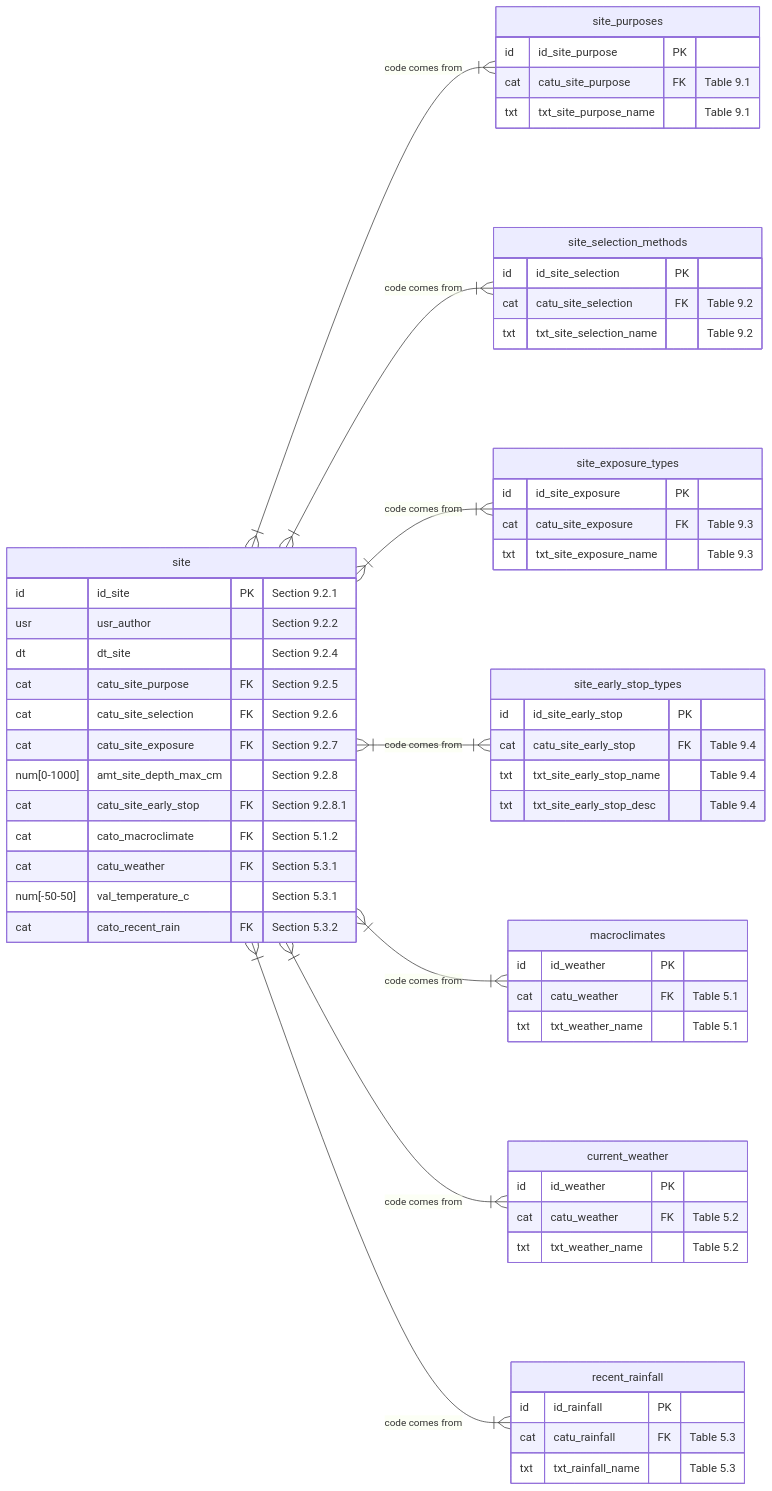
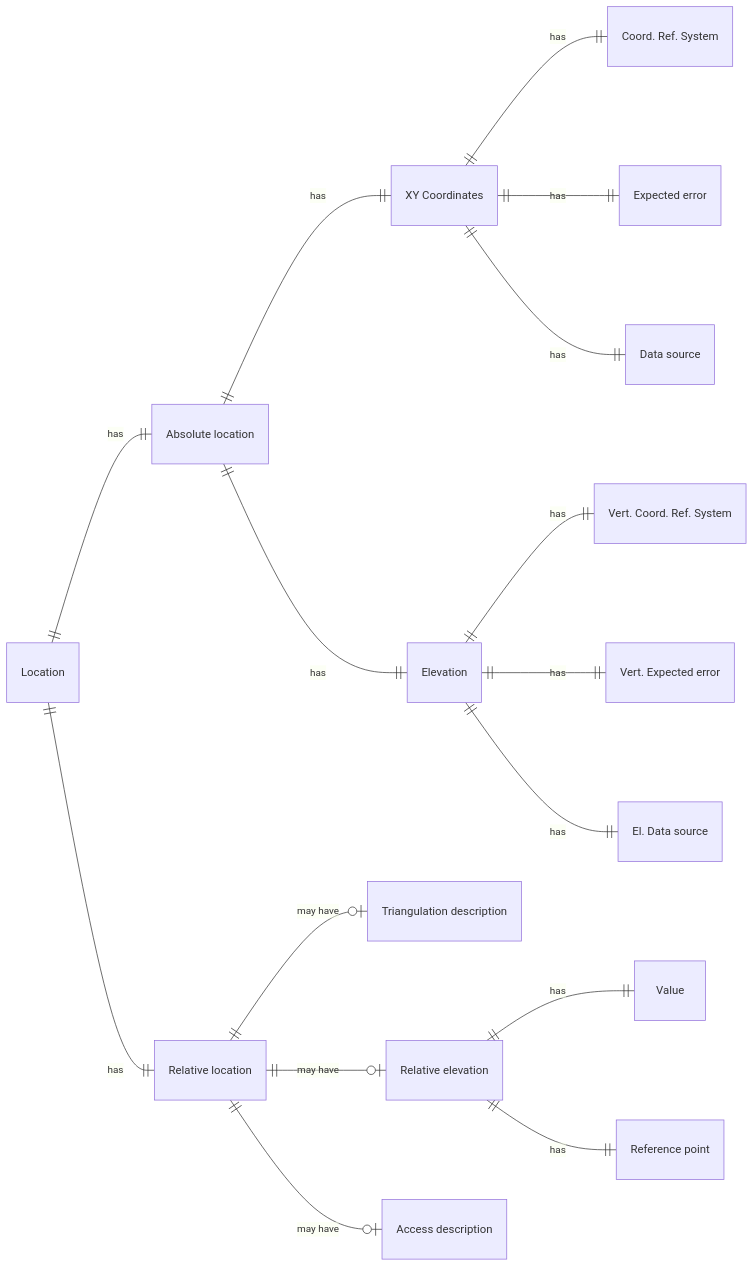
The fifth of 19 diagrams in ap_data_model.qmd (manaakiwhenua/NZ_soildesc_2024), drawn with Mermaid before and after one commit. The commit also changed other lines of this file, not shown here.

First line of the commit message:
Update ap_data_model.qmd

````diff
--- a/ap_data_model.qmd
+++ b/ap_data_model.qmd
@@ -324,76 +145,23 @@
 ```{mermaid}
-%%| label: fig-msited
-%%| fig-cap: "Site - Details"
+%%| label: fig-erd-sit-loc
+%%| fig-cap: "Site - location data"
 
 erDiagram
   direction LR
-  site }|--|{ site_purposes : "code comes from"
-  site }|--|{ site_selection_methods : "code comes from"
-  site }|--|{ site_exposure_types : "code comes from"
-  site }|--|{ site_early_stop_types : "code comes from"
-  site }|--|{ macroclimates : "code comes from"
-  site }|--|{ current_weather : "code comes from"
-  site }|--|{ recent_rainfall : "code comes from"
-
-  %% data %%
-  site {
-    id          id_site PK               "Section 9.2.1"
-    usr         usr_author               "Section 9.2.2"
-    dt          dt_site                  "Section 9.2.4"
-    cat         catu_site_purpose FK     "Section 9.2.5"
-    cat         catu_site_selection FK   "Section 9.2.6"
-    cat         catu_site_exposure FK    "Section 9.2.7"
-    num[0-1000] amt_site_depth_max_cm    "Section 9.2.8"
-    cat         catu_site_early_stop FK  "Section 9.2.8.1"
-    %% macroclimate %% 
-    cat         cato_macroclimate FK     "Section 5.1.2"
-    %% weather at visit %%
-    cat         catu_weather FK          "Section 5.3.1"
-    num[-50-50] val_temperature_c        "Section 5.3.1"
-    cat         cato_recent_rain FK      "Section 5.3.2"
-  }
-  
-  site_purposes {
-    id          id_site_purpose PK
-    cat         catu_site_purpose FK     "Table 9.1"
-    txt         txt_site_purpose_name    "Table 9.1"
-  }
-  
-  site_selection_methods {
-    id          id_site_selection PK
-    cat         catu_site_selection FK   "Table 9.2"
-    txt         txt_site_selection_name  "Table 9.2"
-  }
-  
-  site_exposure_types {
-    id          id_site_exposure PK
-    cat         catu_site_exposure FK    "Table 9.3"
-    txt         txt_site_exposure_name   "Table 9.3"
-  }
-  
-  site_early_stop_types {
-    id          id_site_early_stop PK
-    cat         catu_site_early_stop FK  "Table 9.4"
-    txt         txt_site_early_stop_name "Table 9.4"
-    txt         txt_site_early_stop_desc "Table 9.4"
-  }
-
-  macroclimates {
-    id          id_weather PK
-    cat         catu_weather FK  "Table 5.1"
-    txt         txt_weather_name "Table 5.1"
-  }
-
-  current_weather {
-    id          id_weather PK
-    cat         catu_weather FK  "Table 5.2"
-    txt         txt_weather_name "Table 5.2"
-  }
-  
-  recent_rainfall {
-    id          id_rainfall PK
-    cat         catu_rainfall FK  "Table 5.3"
-    txt         txt_rainfall_name "Table 5.3"
-  }
+  Location ||--|| "Absolute location" : "has"
+    "Absolute location" ||--|| "XY Coordinates" : "has"
+      "XY Coordinates" ||--|| "Coord. Ref. System" : "has"
+      "XY Coordinates" ||--|| "Expected error" : "has"
+      "XY Coordinates" ||--|| "Data source" : "has"
+    "Absolute location" ||--|| "Elevation" : "has"
+      "Elevation" ||--|| "Vert. Coord. Ref. System" : "has"
+      "Elevation" ||--|| "Vert. Expected error" : "has"
+      "Elevation" ||--|| "El. Data source" : "has"
+  Location ||--|| "Relative location" : "has"
+    "Relative location" ||--o| "Triangulation description" : "may have"
+    "Relative location" ||--o| "Relative elevation" : "may have"
+      "Relative elevation" ||--|| Value : "has"
+      "Relative elevation" ||--|| "Reference point" : "has"
+    "Relative location" ||--o| "Access description" : "may have"
 
 ```
````
